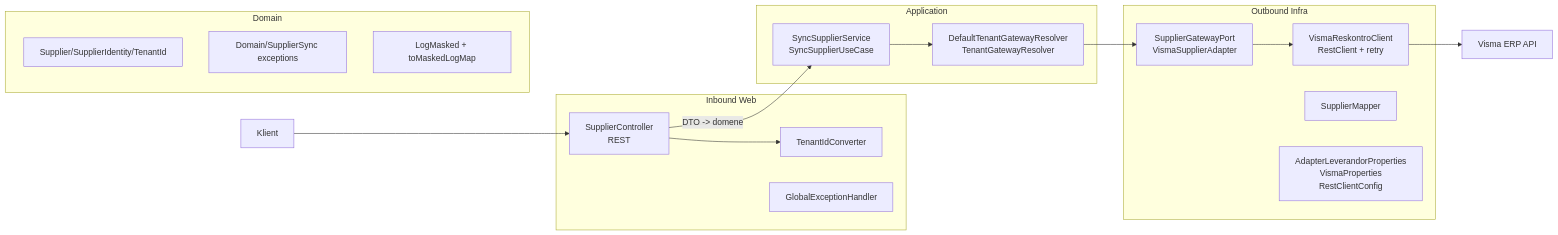
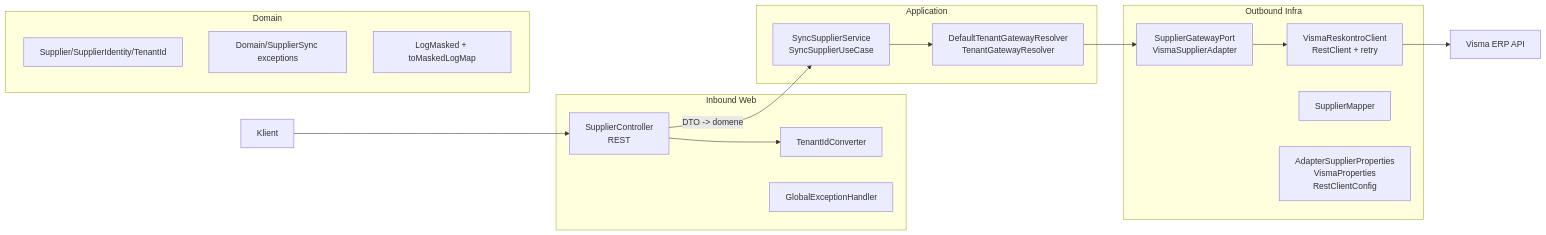
Before and after one commit to FINTLabs/fint-flyt-egrunnerverv-okonomi: the first of 2 diagrams in ARCHITECTURE.md, drawn with Mermaid. The commit also changed other lines of this file and 46 other files, not shown here.

````diff
--- a/ARCHITECTURE.md
+++ b/ARCHITECTURE.md
@@ -5,34 +5,34 @@
 ```mermaid
 flowchart LR
     Client[Klient] --> Controller["SupplierController\nREST"]
     Controller --> TenantConv[TenantIdConverter]
     Controller -->|DTO -> domene| UseCase["SyncSupplierService\nSyncSupplierUseCase"]
     UseCase --> Resolver["DefaultTenantGatewayResolver\nTenantGatewayResolver"]
     Resolver --> Adapter["SupplierGatewayPort\nVismaSupplierAdapter"]
     Adapter --> VismaClient["VismaReskontroClient\nRestClient + retry"]
     VismaClient --> VismaAPI["Visma ERP API"]
 
     subgraph Inbound Web
       Controller
       TenantConv
       GlobalHandler[GlobalExceptionHandler]
     end
 
     subgraph Application
       UseCase
       Resolver
     end
 
     subgraph Domain
       Models[Supplier/SupplierIdentity/TenantId]
       Errors[Domain/SupplierSync exceptions]
       Logging[LogMasked + toMaskedLogMap]
     end
 
     subgraph Outbound Infra
       Adapter
       VismaClient
       Mapper[SupplierMapper]
-      Config[AdapterLeverandorProperties\nVismaProperties\nRestClientConfig]
+      Config[AdapterSupplierProperties\nVismaProperties\nRestClientConfig]
     end
 ```
````
